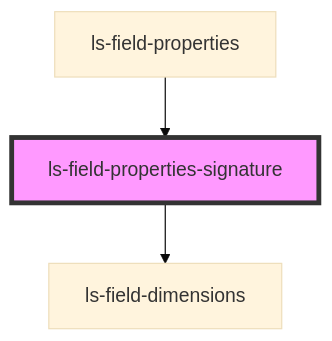
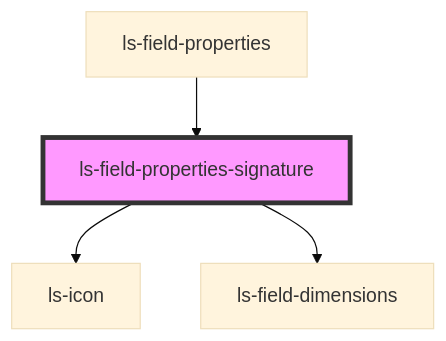
One commit to legalesign/ls-document-viewer changed the diagram in src/components/ls-field-properties-signature/readme.md. Above: the diagram before and after it, drawn with Mermaid (base theme). The commit also changed other lines of this file and 6 other files, not shown here.

Commit message:
Field Properties Styling

````diff
--- a/src/components/ls-field-properties-signature/readme.md
+++ b/src/components/ls-field-properties-signature/readme.md
@@ -26,6 +27,7 @@
 ```mermaid
 graph TD;
+  ls-field-properties-signature --> ls-icon
   ls-field-properties-signature --> ls-field-dimensions
   ls-field-properties --> ls-field-properties-signature
   style ls-field-properties-signature fill:#f9f,stroke:#333,stroke-width:4px
 ```
````
